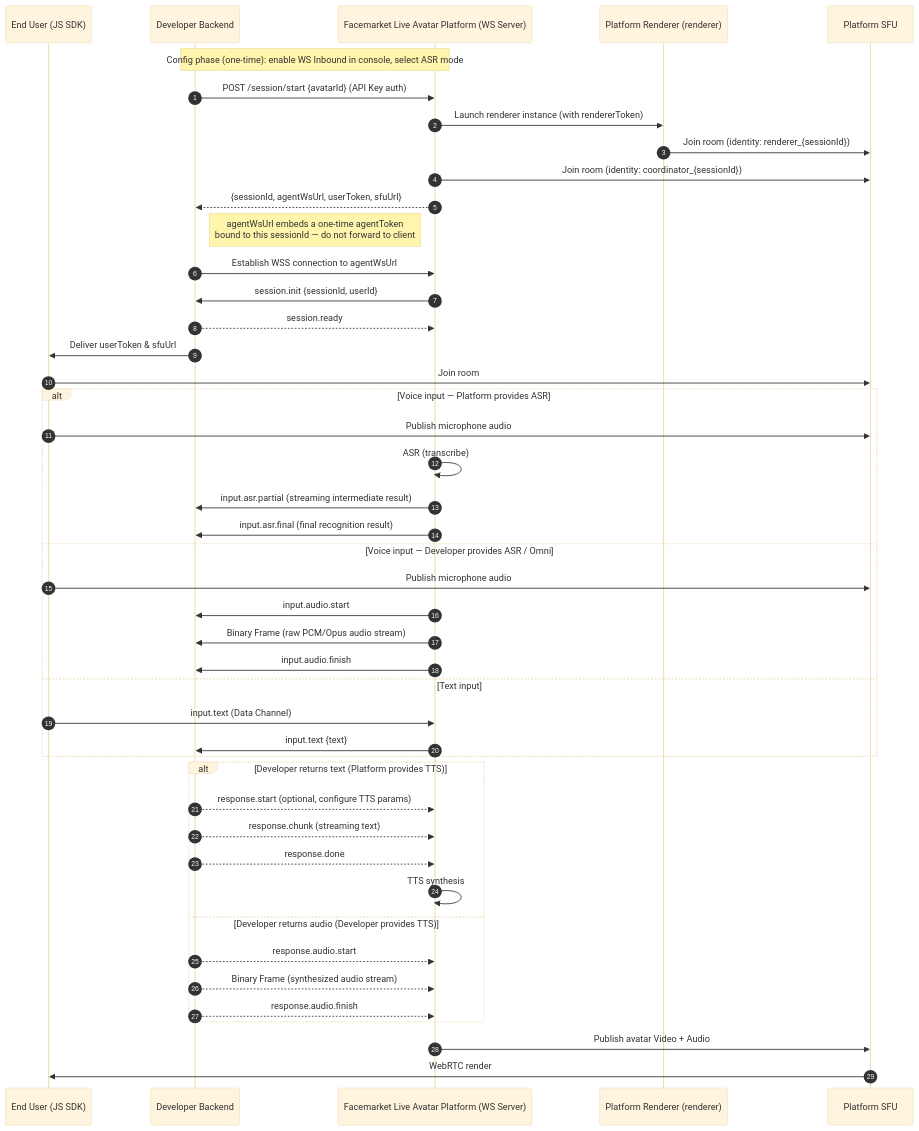
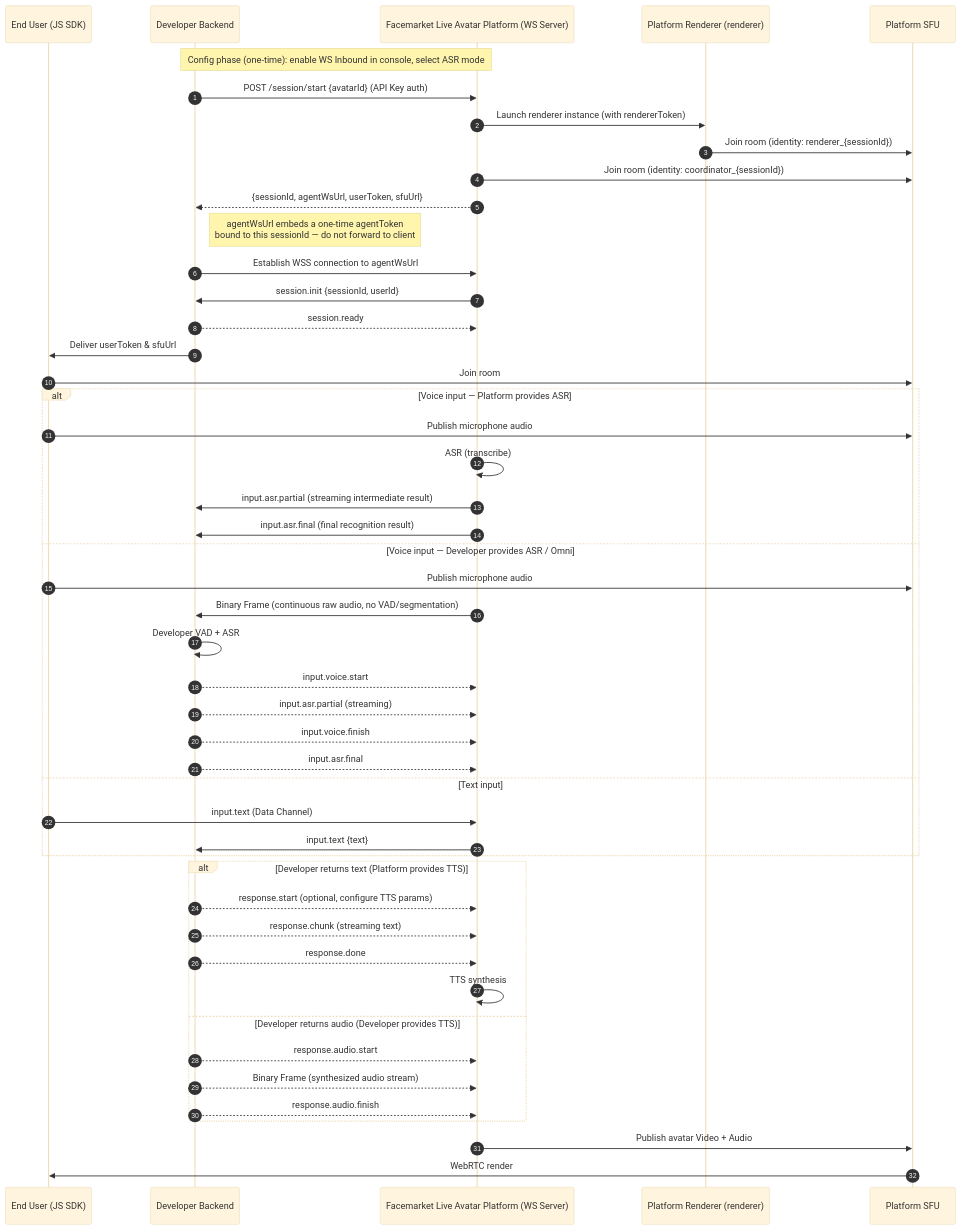
One commit to newportAI-lab/liveavatar-integration-guide changed the third of 5 diagrams in Live Avatar Integration Guide.md. Above: the diagram before and after it, drawn with Mermaid (base theme). The commit also changed other lines of this file, not shown here.

Commit message:
fix sequence diagram

````diff
--- a/Live Avatar Integration Guide.md
+++ b/Live Avatar Integration Guide.md
@@ -364,54 +367,57 @@
 ```mermaid
 sequenceDiagram
     autonumber
     participant Client as End User (JS SDK)
     participant Backend as Developer Backend
     participant Platform as Facemarket Live Avatar Platform (WS Server)
     participant Renderer as Platform Renderer (renderer)
     participant SFU as Platform SFU
 
     Note over Backend, Platform: Config phase (one-time): enable WS Inbound in console, select ASR mode
 
     Backend->>Platform: POST /session/start {avatarId} (API Key auth)
     Platform->>Renderer: Launch renderer instance (with rendererToken)
     Renderer->>SFU: Join room (identity: renderer_{sessionId})
     Platform->>SFU: Join room (identity: coordinator_{sessionId})
     Platform-->>Backend: {sessionId, agentWsUrl, userToken, sfuUrl}
     Note right of Backend: agentWsUrl embeds a one-time agentToken<br/>bound to this sessionId — do not forward to client
 
     Backend->>Platform: Establish WSS connection to agentWsUrl
     Platform->>Backend: session.init {sessionId, userId}
     Backend-->>Platform: session.ready
 
     Backend->>Client: Deliver userToken & sfuUrl
     Client->>SFU: Join room
 
     alt Voice input — Platform provides ASR
         Client->>SFU: Publish microphone audio
         Platform->>Platform: ASR (transcribe)
         Platform->>Backend: input.asr.partial (streaming intermediate result)
         Platform->>Backend: input.asr.final (final recognition result)
     else Voice input — Developer provides ASR / Omni
         Client->>SFU: Publish microphone audio
-        Platform->>Backend: input.audio.start
-        Platform->>Backend: Binary Frame (raw PCM/Opus audio stream)
-        Platform->>Backend: input.audio.finish
+        Platform->>Backend: Binary Frame (continuous raw audio, no VAD/segmentation)
+        Backend->>Backend: Developer VAD + ASR
+        Backend-->>Platform: input.voice.start
+        Backend-->>Platform: input.asr.partial (streaming)
+        Backend-->>Platform: input.voice.finish
+        Backend-->>Platform: input.asr.final
     else Text input
         Client->>Platform: input.text (Data Channel)
         Platform->>Backend: input.text {text}
     end
 
     alt Developer returns text (Platform provides TTS)
         Backend-->>Platform: response.start (optional, configure TTS params)
         Backend-->>Platform: response.chunk (streaming text)
         Backend-->>Platform: response.done
         Platform->>Platform: TTS synthesis
     else Developer returns audio (Developer provides TTS)
         Backend-->>Platform: response.audio.start
         Backend-->>Platform: Binary Frame (synthesized audio stream)
         Backend-->>Platform: response.audio.finish
     end
 
     Platform->>SFU: Publish avatar Video + Audio
     SFU->>Client: WebRTC render
 ```
````
